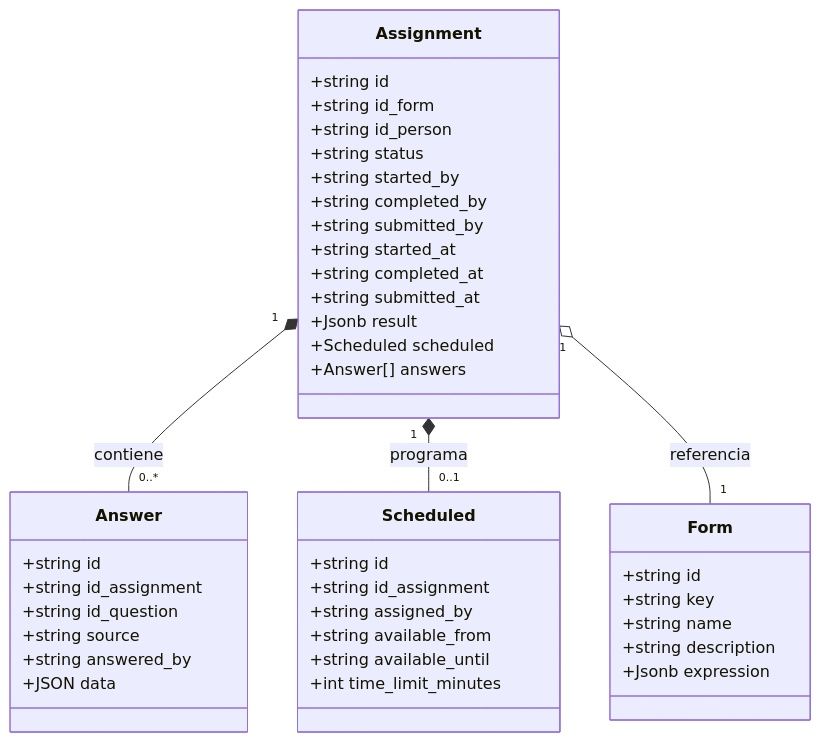
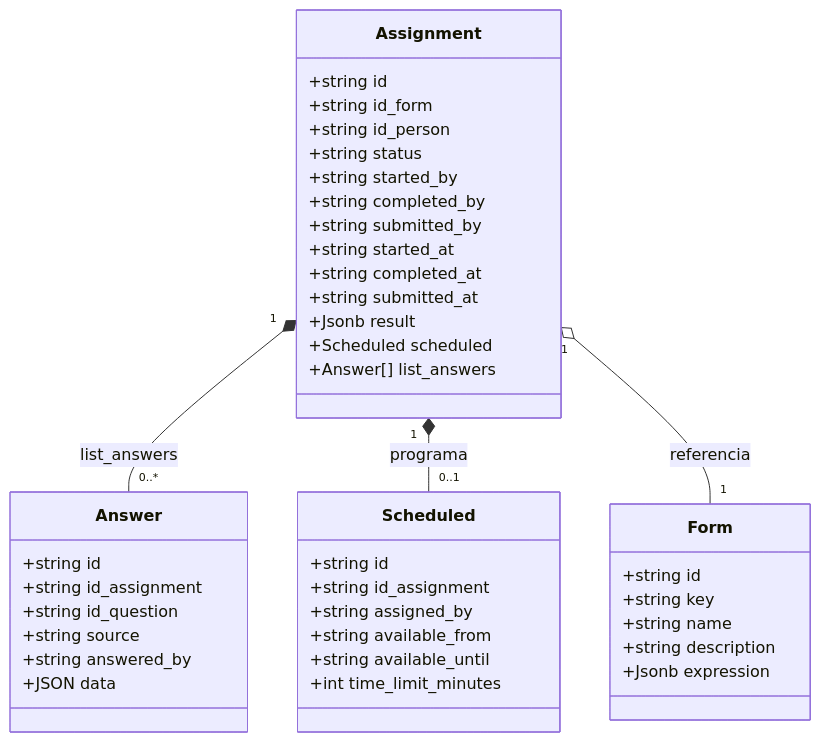
The diagram in features/questionnaires/responses/CLASS.mmd (m4ck-y/dh_docs), drawn with Mermaid before and after one commit. The commit also changed 2 other files, not shown here.

Commit message:
fix list_answers

```diff
--- a/features/questionnaires/responses/CLASS.mmd
+++ b/features/questionnaires/responses/CLASS.mmd
@@ -1,60 +1,60 @@
 classDiagram
     %% ===============================================================
     %% Vista de documentos (MongoDB) del modelo de ejecución V2.
-    %% Cada 'assignment' es un evento/documento raíz; sus 'answers' van
+    %% Cada 'assignment' es un evento/documento raíz; sus 'list_answers' van
     %% embebidas. 'Form' se referencia (es compartido e inmutable).
     %% ===============================================================
 
     class Assignment {
         +string id
         +string id_form
         +string id_person
         +string status
         +string started_by
         +string completed_by
         +string submitted_by
         +string started_at
         +string completed_at
         +string submitted_at
         %% {definitions?, scoring?, evaluation?, subscales?}; cada valor {value, type}
         +Jsonb result
         +Scheduled scheduled
-        +Answer[] answers
+        +Answer[] list_answers
     }
 
     class Scheduled {
         +string id
         +string id_assignment
         +string assigned_by
         +string available_from
         +string available_until
         +int time_limit_minutes
     }
 
     class Answer {
         +string id
         +string id_assignment
         +string id_question
         %% Origen: USER | CALCULATED (EAnswerSource). CALCULATED => answered_by null
         %% y el valor es un snapshot de question.expression al enviar (ver ADR 041).
         +string source
         +string answered_by
         %% {value, type}, mismos campos que un const del AST
         +JSON data
     }
 
     class Form {
         +string id
         +string key
         +string name
         +string description
         %% {scoring?, evaluation?, subscales?}
         +Jsonb expression
     }
 
-    %% Assignment embebe sus answers (composición)
-    Assignment "1" *-- "0..*" Answer : contiene
+    %% Assignment embebe sus list_answers (composición)
+    Assignment "1" *-- "0..*" Answer : list_answers
     %% Scheduled es un subdocumento opcional embebido (solo flujo programado)
     Assignment "1" *-- "0..1" Scheduled : programa
     %% Form se referencia (agregación), no se embebe
     Assignment "1" o-- "1" Form : referencia
```
